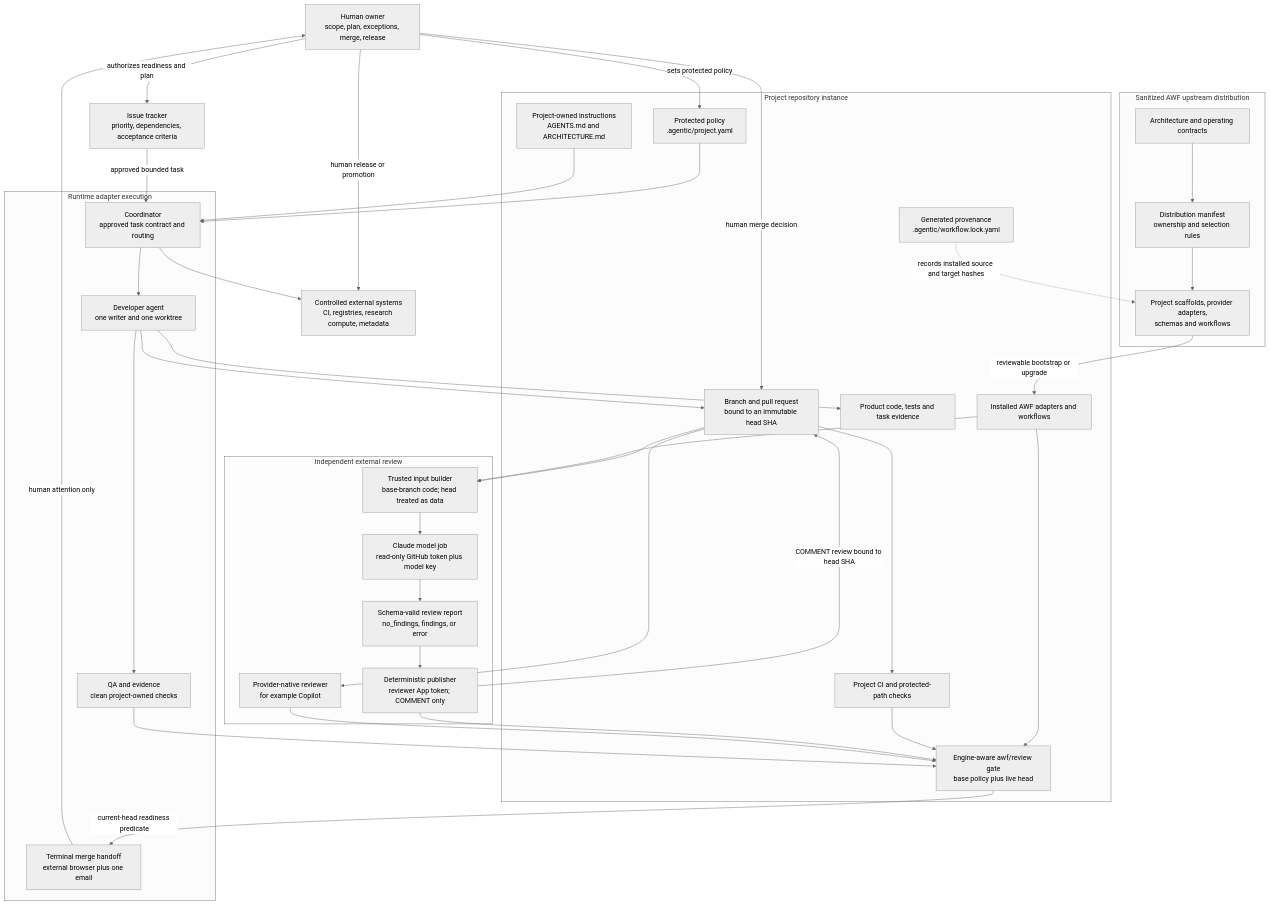
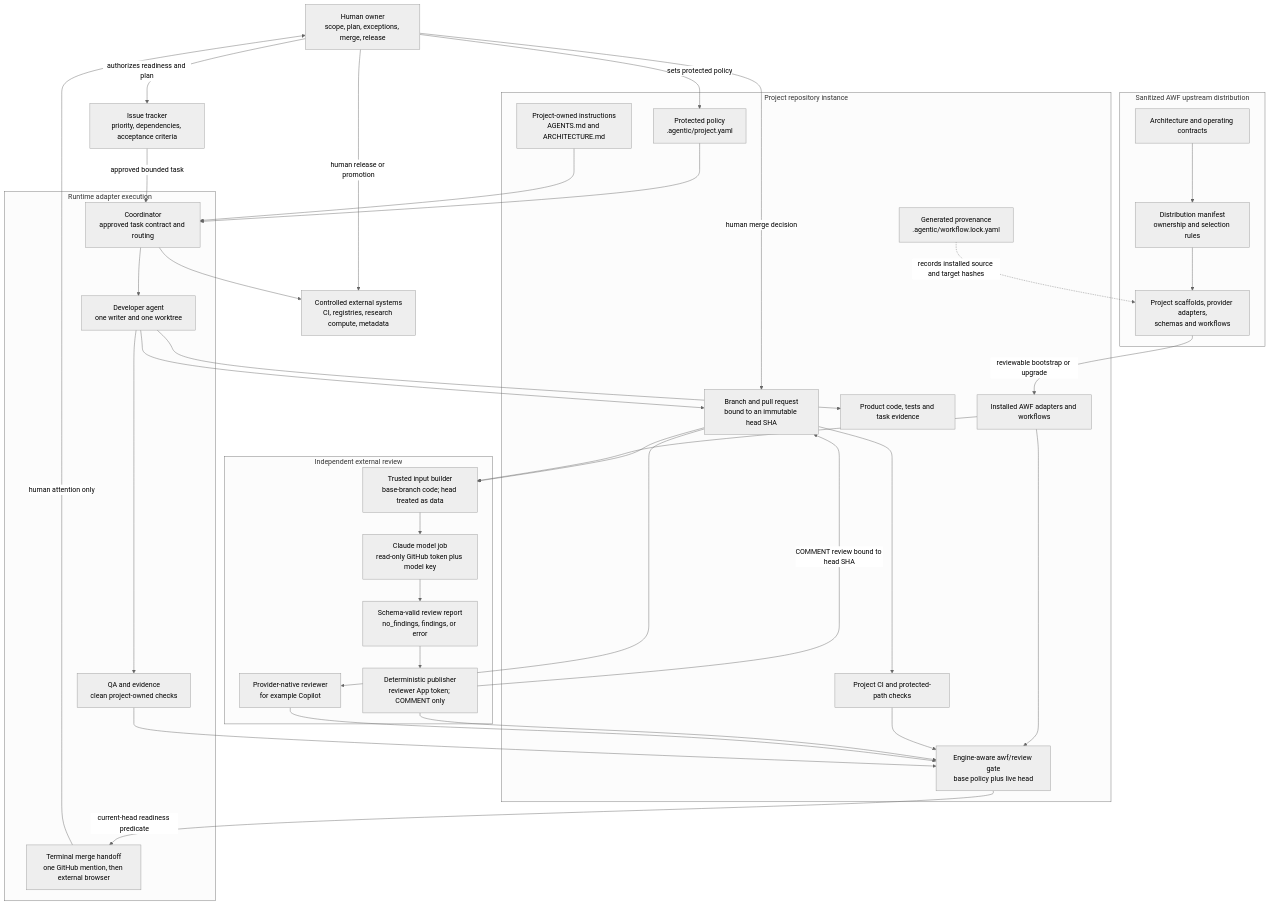
The first of 2 diagrams in docs/SYSTEM_ARCHITECTURE.md (jkinlay/agentic-workflow-framework), drawn with Mermaid (neutral theme) before and after one commit. The commit also changed other lines of this file and 18 other files, not shown here.

Commit message:
AWF-023 Use GitHub terminal handoff and consolidated reviews

````diff
--- a/docs/SYSTEM_ARCHITECTURE.md
+++ b/docs/SYSTEM_ARCHITECTURE.md
@@ -25,71 +25,71 @@
 ```mermaid
 flowchart TB
   H["Human owner<br/>scope, plan, exceptions, merge, release"]
   T["Issue tracker<br/>priority, dependencies, acceptance criteria"]
 
   subgraph U["Sanitized AWF upstream distribution"]
     A["Architecture and operating contracts"]
     M["Distribution manifest<br/>ownership and selection rules"]
     S["Project scaffolds, provider adapters,<br/>schemas and workflows"]
   end
 
   subgraph P["Project repository instance"]
     I["Project-owned instructions<br/>AGENTS.md and ARCHITECTURE.md"]
     Y["Protected policy<br/>.agentic/project.yaml"]
     L["Generated provenance<br/>.agentic/workflow.lock.yaml"]
     W["Installed AWF adapters and workflows"]
     C["Product code, tests and task evidence"]
     PR["Branch and pull request<br/>bound to an immutable head SHA"]
     CI["Project CI and protected-path checks"]
     G["Engine-aware awf/review gate<br/>base policy plus live head"]
   end
 
   subgraph R["Runtime adapter execution"]
     O["Coordinator<br/>approved task contract and routing"]
     D["Developer agent<br/>one writer and one worktree"]
     Q["QA and evidence<br/>clean project-owned checks"]
-    MH["Terminal merge handoff<br/>external browser plus one email"]
+    MH["Terminal merge handoff<br/>one GitHub mention, then external browser"]
   end
 
   subgraph X["Independent external review"]
     B["Trusted input builder<br/>base-branch code; head treated as data"]
     CM["Claude model job<br/>read-only GitHub token plus model key"]
     RR["Schema-valid review report<br/>no_findings, findings, or error"]
     DP["Deterministic publisher<br/>reviewer App token; COMMENT only"]
     CP["Provider-native reviewer<br/>for example Copilot"]
   end
 
   E["Controlled external systems<br/>CI, registries, research compute, metadata"]
 
   H -->|"authorizes readiness and plan"| T
   T -->|"approved bounded task"| O
   A --> M
   M --> S
   S -->|"reviewable bootstrap or upgrade"| W
   H -->|"sets protected policy"| Y
   Y --> O
   I --> O
   L -.->|"records installed source and target hashes"| S
   O --> D
   D --> C
   D --> PR
   PR --> CI
   PR --> B
   W --> B
   W --> G
   B --> CM
   CM --> RR
   RR --> DP
   DP -->|"COMMENT review bound to head SHA"| PR
   PR --> CP
   CI --> G
   DP --> G
   CP --> G
   Q --> G
   D --> Q
   O --> E
   G -->|"current-head readiness predicate"| MH
   MH -->|"human attention only"| H
   H -->|"human merge decision"| PR
   H -->|"human release or promotion"| E
 ```
````
